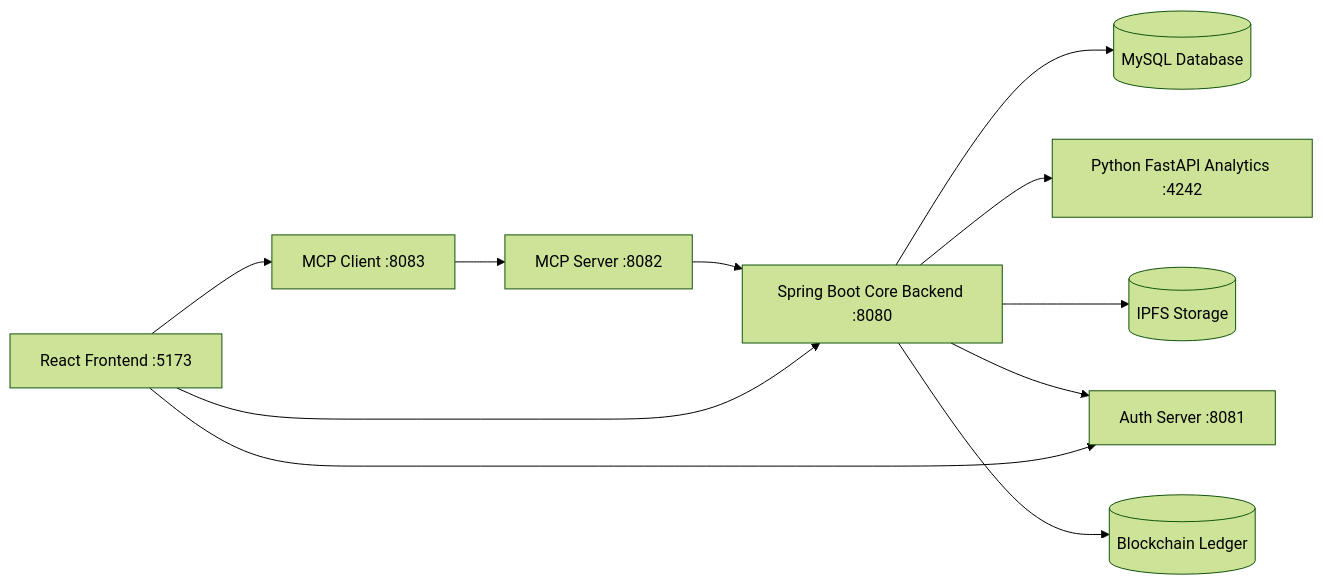
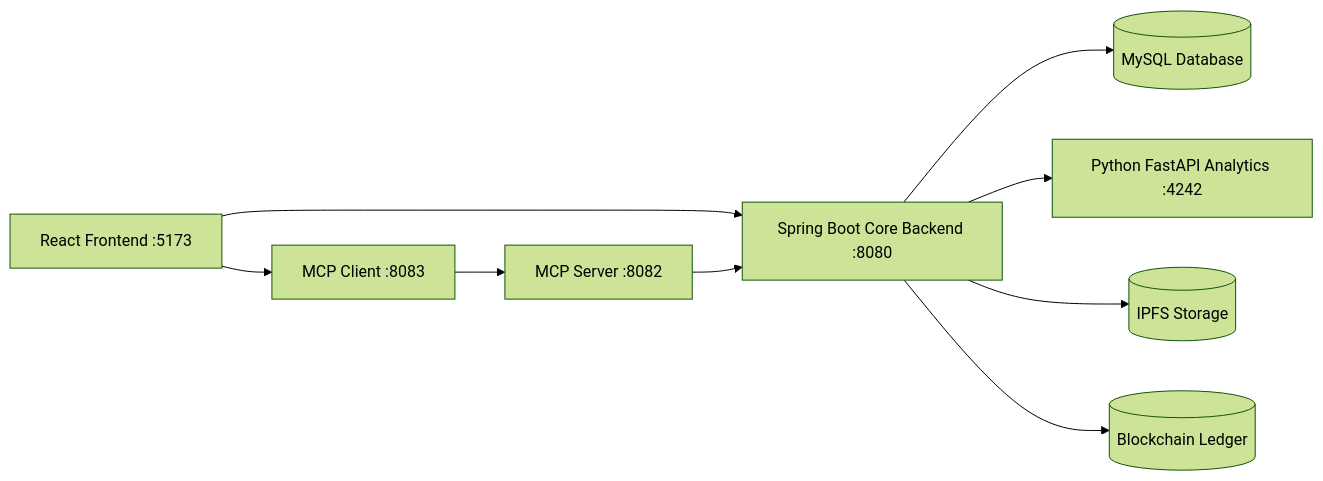
One commit to malcolm-cephas/Medical-IoT changed the second of 7 diagrams in README.md. Above: the diagram before and after it, drawn with Mermaid (forest theme). The commit also changed other lines of this file and 55 other files, not shown here.

Commit message:
Refactor: Unified backend-spring and auth-server, fixed DoctorAvailability schema, and standardized MCP server

````diff
--- a/README.md
+++ b/README.md
@@ -276,31 +267,27 @@
 ```mermaid
 flowchart LR
 
 Frontend[React Frontend :5173]
 
 CoreAPI[Spring Boot Core Backend :8080]
-
-AuthServer[Auth Server :8081]
 
 Analytics[Python FastAPI Analytics :4242]
 
 MCPClient[MCP Client :8083]
 MCPServer[MCP Server :8082]
 
 MySQL[(MySQL Database)]
 IPFS[(IPFS Storage)]
 Ledger[(Blockchain Ledger)]
 
 Frontend --> CoreAPI
-Frontend --> AuthServer
 Frontend --> MCPClient
 
 CoreAPI --> MySQL
 CoreAPI --> Analytics
-CoreAPI --> AuthServer
 CoreAPI --> IPFS
 CoreAPI --> Ledger
 
 MCPClient --> MCPServer
 MCPServer --> CoreAPI
 ```
````
